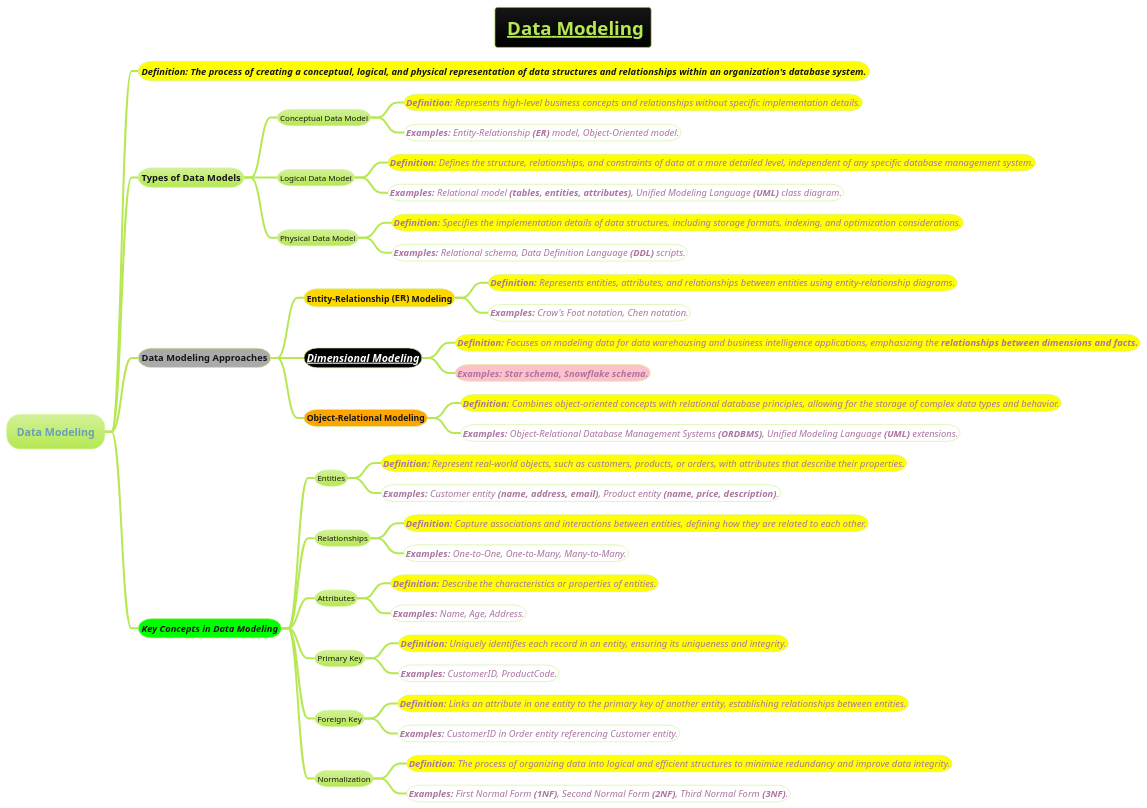
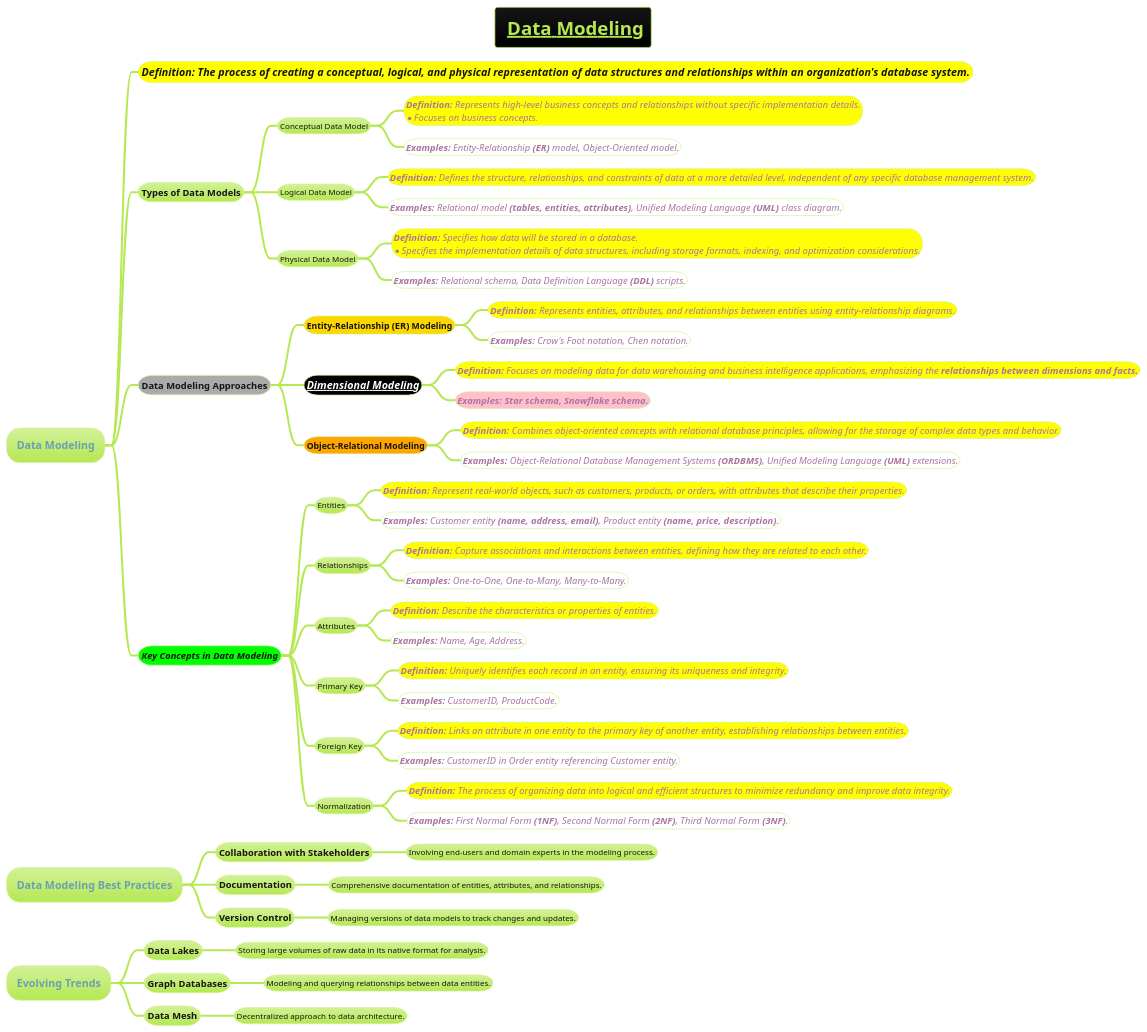
One commit to MehmoodHashmi/Documentation-as-Code-DaC changed the diagram in docs/AI-ML-DL-Data-Science-and-BigData/data-science/data-engineering/data-storage-and-management/modeling-methodology/Data-Modeling.puml. Above: the diagram before and after it, drawn with PlantUML. The commit also changed 3 other files, not shown here.

```diff
--- a/docs/AI-ML-DL-Data-Science-and-BigData/data-science/data-engineering/data-storage-and-management/modeling-methodology/Data-Modeling.puml
+++ b/docs/AI-ML-DL-Data-Science-and-BigData/data-science/data-engineering/data-storage-and-management/modeling-methodology/Data-Modeling.puml
@@ -1,46 +1,64 @@
 @startmindmap
 title =__ Data Modeling__
 !theme hacker
 
 * Data Modeling
-**[#yellow] ====<size:14>**Definition:** The process of creating a conceptual, logical, and physical representation of data structures and relationships within an organization's database system.
+**[#yellow] <i><size:16>**Definition:** The process of creating a conceptual, logical, and physical representation of data structures and relationships within an organization's database system.
 ** Types of Data Models
 *** Conceptual Data Model
-****[#yellow] ====<size:14>**Definition:** Represents high-level business concepts and relationships without specific implementation details.
-****[#white] ====<size:14>**Examples:** Entity-Relationship **(ER)** model, Object-Oriented model.
+****[#yellow] <i><size:14>**Definition:** Represents high-level business concepts and relationships without specific implementation details.\n*<i><size:14>Focuses on business concepts.
+****[#white] <i><size:14>**Examples:** Entity-Relationship **(ER)** model, Object-Oriented model.
 *** Logical Data Model
-****[#yellow] ====<size:14>**Definition:** Defines the structure, relationships, and constraints of data at a more detailed level, independent of any specific database management system.
-****[#white] ====<size:14>**Examples:** Relational model **(tables, entities, attributes)**, Unified Modeling Language **(UML)** class diagram.
+****[#yellow] <i><size:14>**Definition:** Defines the structure, relationships, and constraints of data at a more detailed level, independent of any specific database management system.
+****[#white] <i><size:14>**Examples:** Relational model **(tables, entities, attributes)**, Unified Modeling Language **(UML)** class diagram.
 *** Physical Data Model
-****[#yellow] ====<size:14>**Definition:** Specifies the implementation details of data structures, including storage formats, indexing, and optimization considerations.
-****[#white] ====<size:14>**Examples:** Relational schema, Data Definition Language **(DDL)** scripts.
+****[#yellow] <i><size:14>**Definition:** Specifies how data will be stored in a database. \n* <i><size:14>Specifies the implementation details of data structures, including storage formats, indexing, and optimization considerations.
+****[#white] <i><size:14>**Examples:** Relational schema, Data Definition Language **(DDL)** scripts.
+
 **[#a] Data Modeling Approaches
 ***[#gold] ===Entity-Relationship **(ER)** Modeling
-****[#yellow] ====<size:14>**Definition:** Represents entities, attributes, and relationships between entities using entity-relationship diagrams.
-****[#white] ====<size:14>**Examples:** Crow's Foot notation, Chen notation.
-***[#black] ====<size:16>**[[../../../../../books/1-books-backlog/DBMS/Dimensional-Modeling.puml Dimensional Modeling]]**
-****[#yellow] ====<size:14>**Definition:** Focuses on modeling data for data warehousing and business intelligence applications, emphasizing the **relationships between dimensions and facts.**
-****[#pink] ====<size:14>**Examples: Star schema, Snowflake schema.**
+****[#yellow] <i><size:14>**Definition:** Represents entities, attributes, and relationships between entities using entity-relationship diagrams.
+****[#white] <i><size:14>**Examples:** Crow's Foot notation, Chen notation.
+***[#black] <i><size:16>**[[../../../../../books/1-books-backlog/DBMS/Dimensional-Modeling.puml Dimensional Modeling]]**
+****[#yellow] <i><size:14>**Definition:** Focuses on modeling data for data warehousing and business intelligence applications, emphasizing the **relationships between dimensions and facts.**
+****[#pink] <i><size:14>**Examples: Star schema, Snowflake schema.**
 ***[#orange] ===Object-Relational Modeling
-****[#yellow] ====<size:14>**Definition:** Combines object-oriented concepts with relational database principles, allowing for the storage of complex data types and behavior.
-****[#white] ====<size:14>**Examples:** Object-Relational Database Management Systems **(ORDBMS)**, Unified Modeling Language **(UML)** extensions.
-**[#lime] ====Key Concepts in Data Modeling
+****[#yellow] <i><size:14>**Definition:** Combines object-oriented concepts with relational database principles, allowing for the storage of complex data types and behavior.
+****[#white] <i><size:14>**Examples:** Object-Relational Database Management Systems **(ORDBMS)**, Unified Modeling Language **(UML)** extensions.
+**[#lime] <i>Key Concepts in Data Modeling
 *** Entities
-****[#yellow] ====<size:14>**Definition:** Represent real-world objects, such as customers, products, or orders, with attributes that describe their properties.
-****[#white] ====<size:14>**Examples:** Customer entity **(name, address, email)**, Product entity **(name, price, description)**.
+****[#yellow] <i><size:14>**Definition:** Represent real-world objects, such as customers, products, or orders, with attributes that describe their properties.
+****[#white] <i><size:14>**Examples:** Customer entity **(name, address, email)**, Product entity **(name, price, description)**.
 *** Relationships
-****[#yellow] ====<size:14>**Definition:** Capture associations and interactions between entities, defining how they are related to each other.
-****[#white] ====<size:14>**Examples:** One-to-One, One-to-Many, Many-to-Many.
+****[#yellow] <i><size:14>**Definition:** Capture associations and interactions between entities, defining how they are related to each other.
+****[#white] <i><size:14>**Examples:** One-to-One, One-to-Many, Many-to-Many.
 *** Attributes
-****[#yellow] ====<size:14>**Definition:** Describe the characteristics or properties of entities.
-****[#white] ====<size:14>**Examples:** Name, Age, Address.
+****[#yellow] <i><size:14>**Definition:** Describe the characteristics or properties of entities.
+****[#white] <i><size:14>**Examples:** Name, Age, Address.
 *** Primary Key
-****[#yellow] ====<size:14>**Definition:** Uniquely identifies each record in an entity, ensuring its uniqueness and integrity.
-****[#white] ====<size:14>**Examples:** CustomerID, ProductCode.
+****[#yellow] <i><size:14>**Definition:** Uniquely identifies each record in an entity, ensuring its uniqueness and integrity.
+****[#white] <i><size:14>**Examples:** CustomerID, ProductCode.
 *** Foreign Key
-****[#yellow] ====<size:14>**Definition:** Links an attribute in one entity to the primary key of another entity, establishing relationships between entities.
-****[#white] ====<size:14>**Examples:** CustomerID in Order entity referencing Customer entity.
+****[#yellow] <i><size:14>**Definition:** Links an attribute in one entity to the primary key of another entity, establishing relationships between entities.
+****[#white] <i><size:14>**Examples:** CustomerID in Order entity referencing Customer entity.
 *** Normalization
-****[#yellow] ====<size:14>**Definition:** The process of organizing data into logical and efficient structures to minimize redundancy and improve data integrity.
-****[#white] ====<size:14>**Examples:** First Normal Form **(1NF)**, Second Normal Form **(2NF)**, Third Normal Form **(3NF)**.
+****[#yellow] <i><size:14>**Definition:** The process of organizing data into logical and efficient structures to minimize redundancy and improve data integrity.
+****[#white] <i><size:14>**Examples:** First Normal Form **(1NF)**, Second Normal Form **(2NF)**, Third Normal Form **(3NF)**.
+
+* Data Modeling Best Practices
+** Collaboration with Stakeholders
+*** Involving end-users and domain experts in the modeling process.
+** Documentation
+*** Comprehensive documentation of entities, attributes, and relationships.
+** Version Control
+*** Managing versions of data models to track changes and updates.
+
+* Evolving Trends
+** Data Lakes
+*** Storing large volumes of raw data in its native format for analysis.
+** Graph Databases
+*** Modeling and querying relationships between data entities.
+** Data Mesh
+*** Decentralized approach to data architecture.
+
 @endmindmap
```
